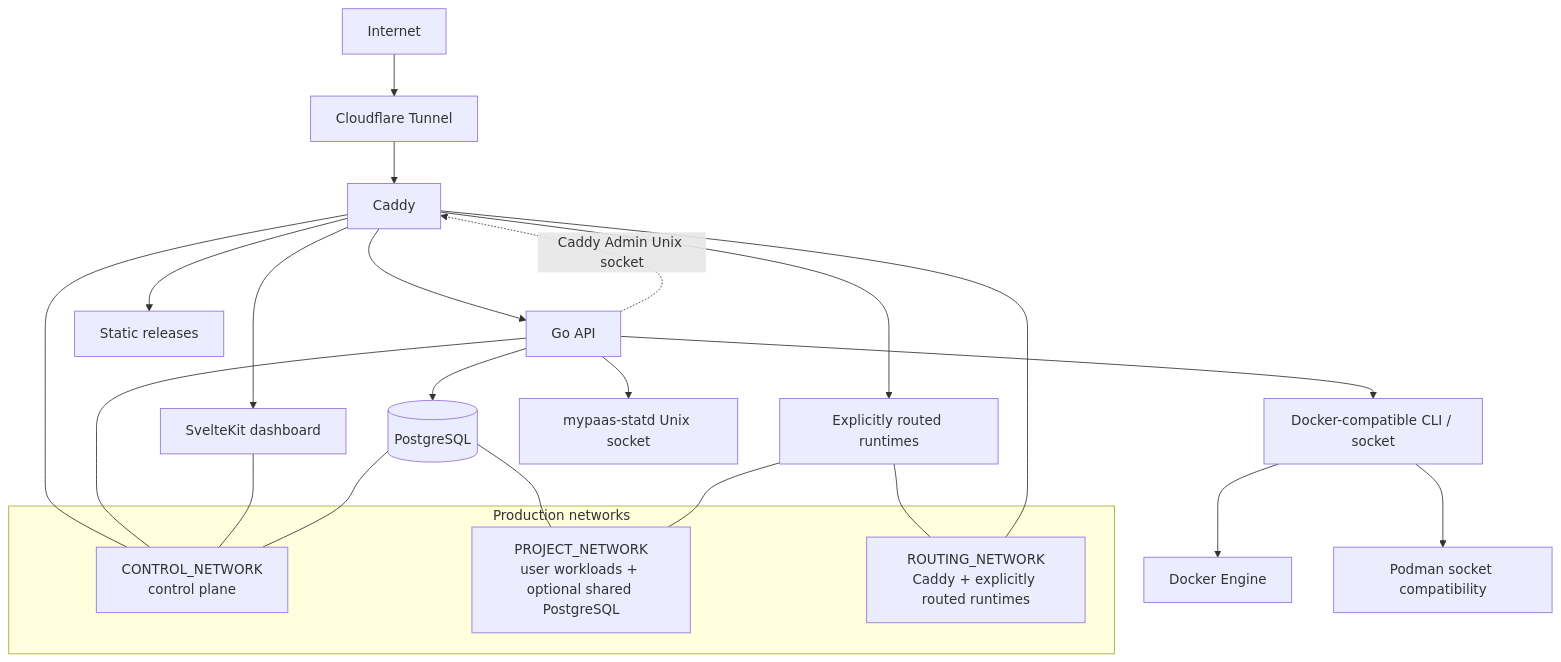
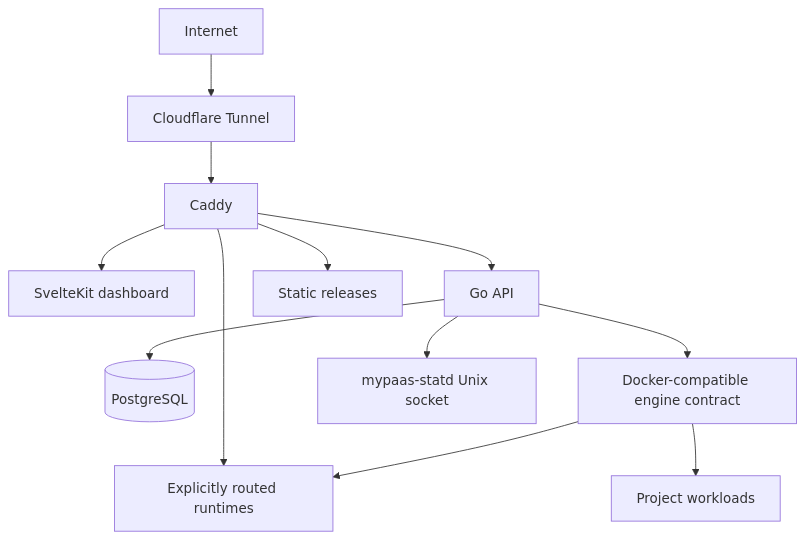
Before and after one commit to howlil/MyPaas: the diagram in README.md, drawn with Mermaid. The commit also changed other lines of this file, not shown here.

````diff
--- a/README.md
+++ b/README.md
@@ -15,27 +128,13 @@
 ```mermaid
 flowchart TB
     Internet["Internet"] --> Tunnel["Cloudflare Tunnel"] --> Caddy["Caddy"]
     Caddy --> Dashboard["SvelteKit dashboard"]
     Caddy --> API["Go API"]
     Caddy --> Static["Static releases"]
-    Caddy --> Routed["Explicitly routed runtimes"]
+    Caddy --> Runtime["Explicitly routed runtimes"]
     API --> Postgres[("PostgreSQL")]
-    API --> Engine["Docker-compatible CLI / socket"]
-    Engine --> Docker["Docker Engine"]
-    Engine --> Podman["Podman socket compatibility"]
+    API --> Engine["Docker-compatible engine contract"]
     API --> Statd["mypaas-statd Unix socket"]
-    API -. "Caddy Admin Unix socket" .-> Caddy
-    subgraph Networks["Production networks"]
-        Control["CONTROL_NETWORK\ncontrol plane"]
-        Projects["PROJECT_NETWORK\nuser workloads + optional shared PostgreSQL"]
-        Routing["ROUTING_NETWORK\nCaddy + explicitly routed runtimes"]
-    end
-    Caddy --- Control
-    API --- Control
-    Dashboard --- Control
-    Postgres --- Control
-    Postgres --- Projects
-    Routed --- Projects
-    Routed --- Routing
-    Caddy --- Routing
+    Engine --> Runtime
+    Engine --> Workloads["Project workloads"]
 ```
````
